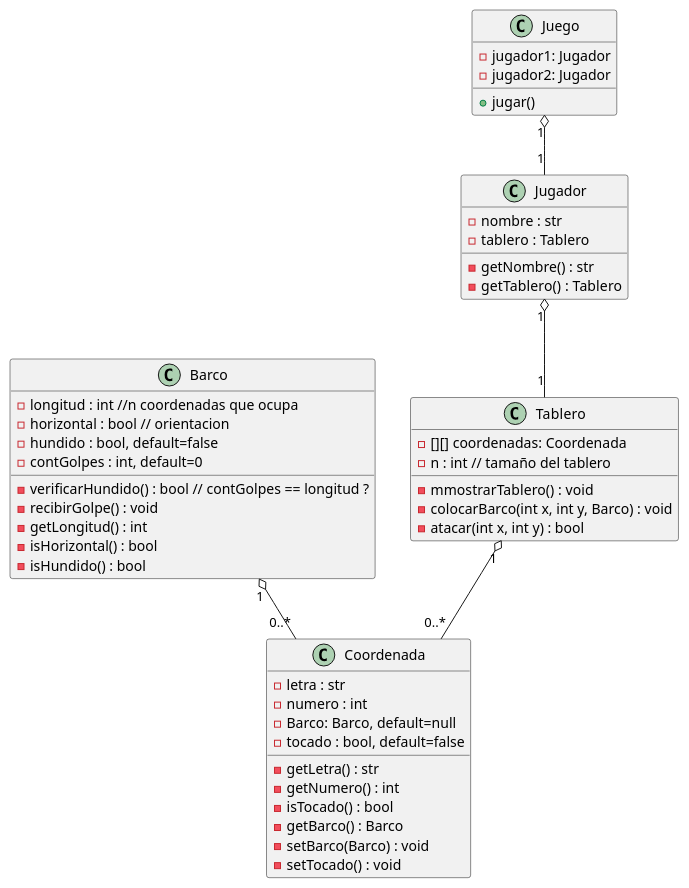
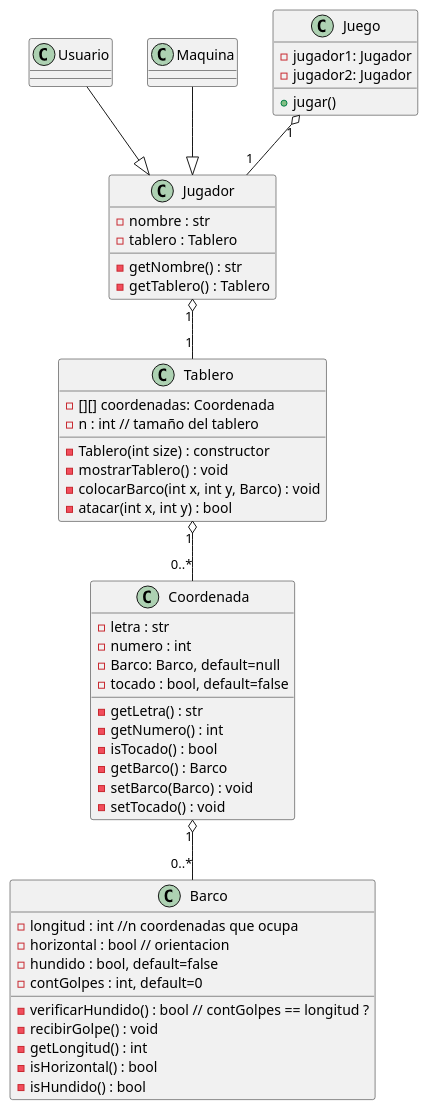
The diagram in docs/diagram_v-review.wsd (santiago6124/ProyectoFinalProg2), drawn with PlantUML before and after one commit. The commit also changed 1 other file, not shown here.

Commit message:
Tablero review: code, methods, diagram

```diff
--- a/docs/diagram_v-review.wsd
+++ b/docs/diagram_v-review.wsd
@@ -1,59 +1,73 @@
 @startuml
 
 class Tablero {
     - [][] coordenadas: Coordenada
     - n : int // tamaño del tablero
-    - mmostrarTablero() : void
+    - Tablero(int size) : constructor
+        '   -> inicializa objetos Coordenada en coordenadas
+    - mostrarTablero() : void
+        '   -> mostrarTablero: imprime el tablero, validando: coord.getBarco(), coord.isTocado()
     - colocarBarco(int x, int y, Barco) : void
+        '   -> Coordenas.setBarco, ¿¿¿ barco.agregarCoordenada ???
     - atacar(int x, int y) : bool
+        '   -> Coordenas.setBarco, coord.setTocado(true), coord.getBarco()->recibirGolpe()
 }
 
 class Coordenada {
     - letra : str
     - numero : int
     - Barco: Barco, default=null
     - tocado : bool, default=false
     - getLetra() : str
     - getNumero() : int
     - isTocado() : bool
     - getBarco() : Barco
     - setBarco(Barco) : void
     - setTocado() : void
 }
 
 Tablero "1" o-- "0..*" Coordenada
 
 class Barco {
     - longitud : int //n coordenadas que ocupa
     - horizontal : bool // orientacion
     - hundido : bool, default=false
     - contGolpes : int, default=0
     - verificarHundido() : bool // contGolpes == longitud ?
     - recibirGolpe() : void
     - getLongitud() : int
     - isHorizontal() : bool
     - isHundido() : bool
 }
 
-Barco "1" o-- "0..*" Coordenada
+Coordenada "1" o-- "0..*" Barco
 
 class Jugador {
     - nombre : str
     - tablero : Tablero
     ' - [] barcos : Barco
     ' - [] disparos : Coordenada
     - getNombre() : str
     - getTablero() : Tablero
 }
+
+class Usuario {
+}
+
+class Maquina {
+}
+
+Usuario --|> Jugador
+Maquina --|> Jugador
 
 Jugador "1" o-- "1" Tablero
 
 class Juego {
     - jugador1: Jugador
     - jugador2: Jugador
     + jugar()
 }
 
 Juego "1" o-- "1" Jugador
 
 @enduml
```
